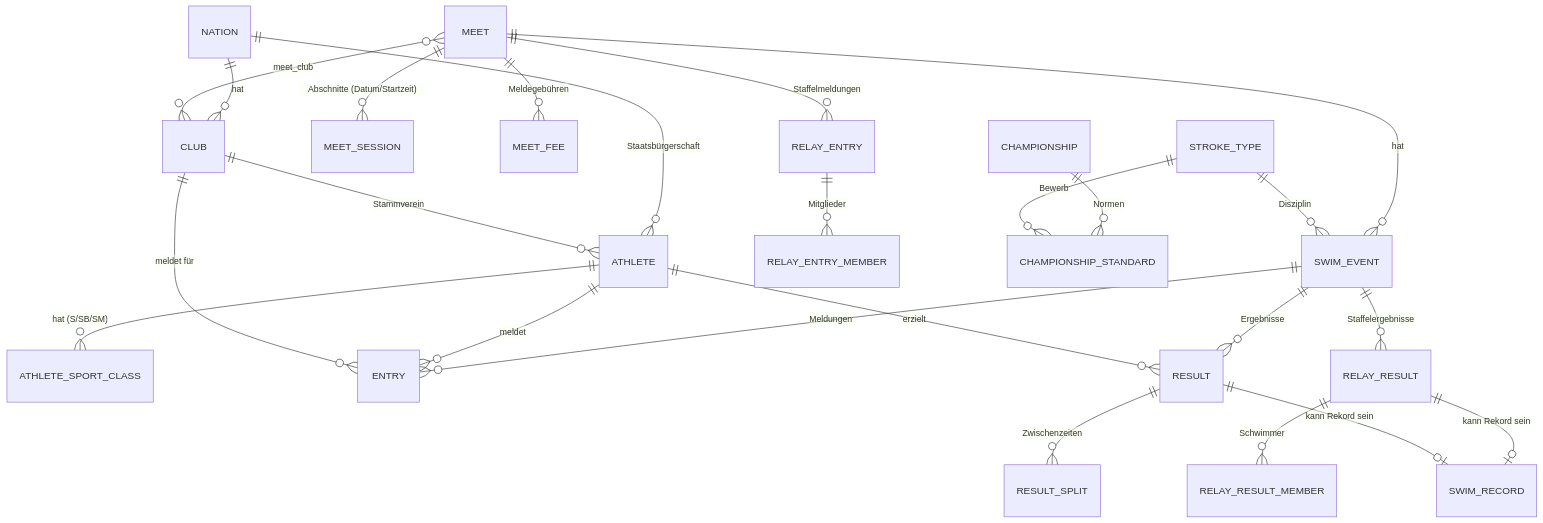
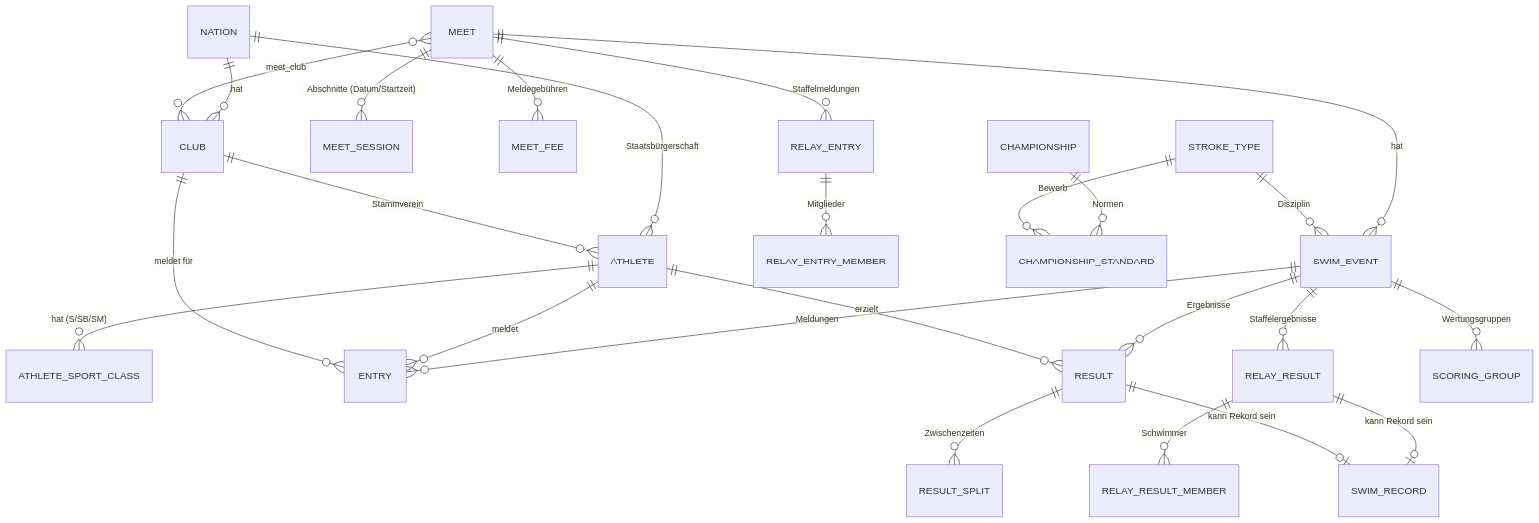
The diagram in docs/data-model.md (urshar/para-swimming), drawn with Mermaid before and after one commit. The commit also changed other lines of this file and 34 other files, not shown here.

````diff
--- a/docs/data-model.md
+++ b/docs/data-model.md
@@ -22,26 +22,27 @@
 ```mermaid
 erDiagram
     NATION ||--o{ CLUB: "hat"
     NATION ||--o{ ATHLETE: "Staatsbürgerschaft"
     CLUB ||--o{ ATHLETE: "Stammverein"
     ATHLETE ||--o{ ATHLETE_SPORT_CLASS: "hat (S/SB/SM)"
     MEET ||--o{ SWIM_EVENT: "hat"
     MEET ||--o{ MEET_SESSION: "Abschnitte (Datum/Startzeit)"
     MEET ||--o{ MEET_FEE: "Meldegebühren"
     MEET }o--o{ CLUB: "meet_club"
     SWIM_EVENT ||--o{ ENTRY: "Meldungen"
     SWIM_EVENT ||--o{ RESULT: "Ergebnisse"
     ATHLETE ||--o{ ENTRY: "meldet"
     ATHLETE ||--o{ RESULT: "erzielt"
     CLUB ||--o{ ENTRY: "meldet für"
     RESULT ||--o{ RESULT_SPLIT: "Zwischenzeiten"
     MEET ||--o{ RELAY_ENTRY: "Staffelmeldungen"
     RELAY_ENTRY ||--o{ RELAY_ENTRY_MEMBER: "Mitglieder"
     SWIM_EVENT ||--o{ RELAY_RESULT: "Staffelergebnisse"
+    SWIM_EVENT ||--o{ SCORING_GROUP: "Wertungsgruppen"
     RELAY_RESULT ||--o{ RELAY_RESULT_MEMBER: "Schwimmer"
     RELAY_RESULT ||--o| SWIM_RECORD: "kann Rekord sein"
     STROKE_TYPE ||--o{ SWIM_EVENT: "Disziplin"
     RESULT ||--o| SWIM_RECORD: "kann Rekord sein"
     CHAMPIONSHIP ||--o{ CHAMPIONSHIP_STANDARD: "Normen"
     STROKE_TYPE ||--o{ CHAMPIONSHIP_STANDARD: "Bewerb"
 ```
````
